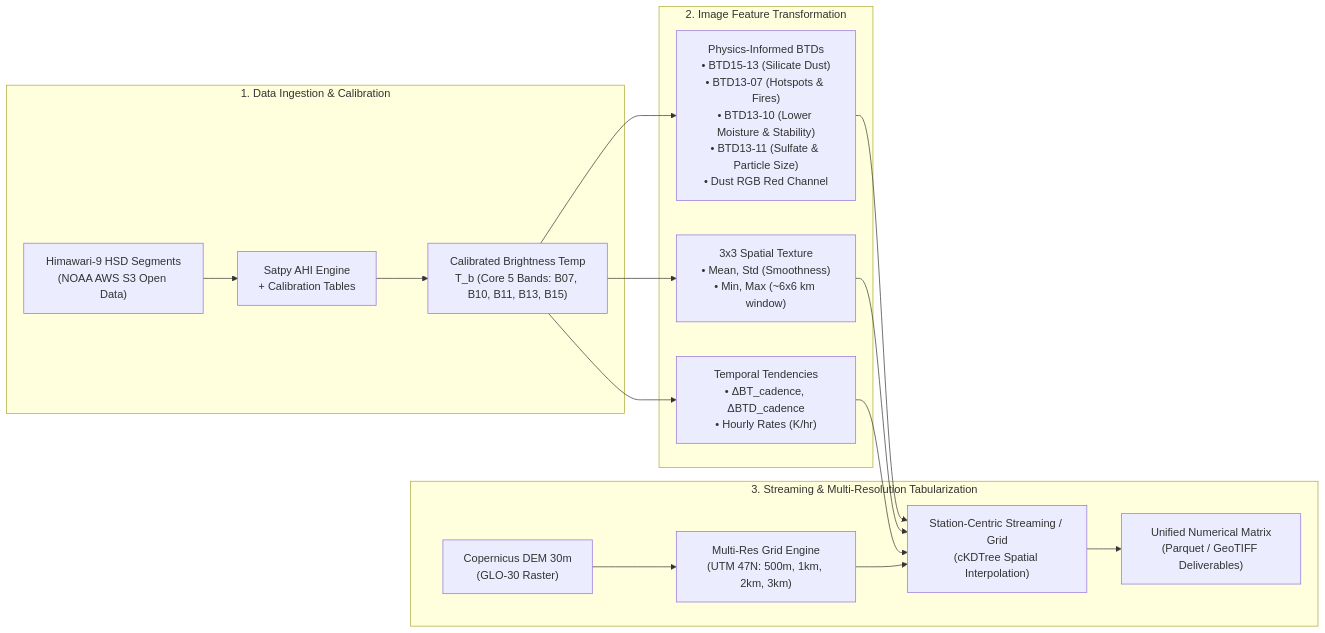
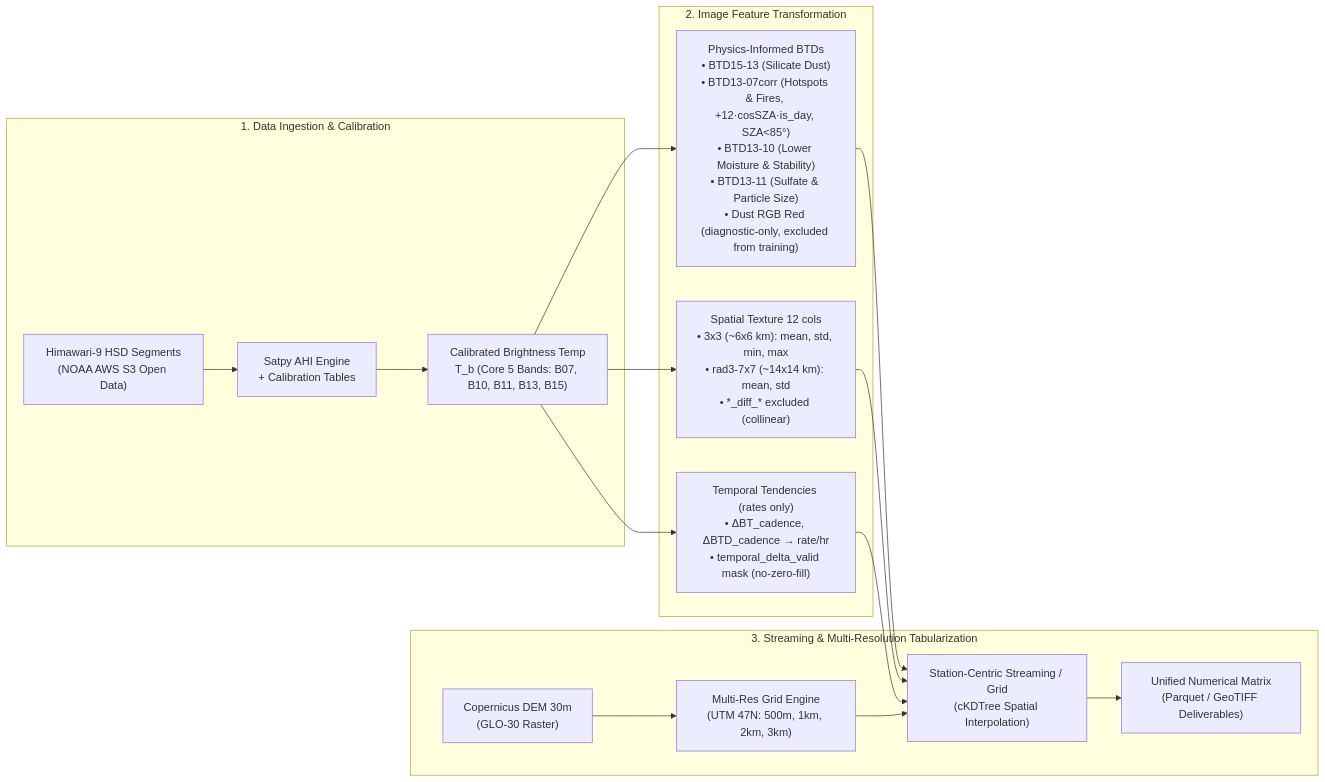
The first of 2 diagrams in technical-image-process.md (korarit/dust-from-satellite-image-thailand), drawn with Mermaid before and after one commit. The commit also changed other lines of this file and 3 other files, not shown here.

Commit message:
docs: sync 4 docs with src (Septet 7, Clean 45 schema, mono x2, meta-only solar)

````diff
--- a/technical-image-process.md
+++ b/technical-image-process.md
@@ -12,20 +12,20 @@
 ```mermaid
 flowchart LR
     subgraph Ingestion ["1. Data Ingestion & Calibration"]
         Raw["Himawari-9 HSD Segments<br>(NOAA AWS S3 Open Data)"] --> Satpy["Satpy AHI Engine<br>+ Calibration Tables"]
         Satpy --> Calib["Calibrated Brightness Temp<br>T_b (Core 5 Bands: B07, B10, B11, B13, B15)"]
     end
 
     subgraph FeatureEng ["2. Image Feature Transformation"]
-        Calib --> BTD["Physics-Informed BTDs<br>• BTD15-13 (Silicate Dust)<br>• BTD13-07 (Hotspots & Fires)<br>• BTD13-10 (Lower Moisture & Stability)<br>• BTD13-11 (Sulfate & Particle Size)<br>• Dust RGB Red Channel"]
-        Calib --> Tex["3x3 Spatial Texture<br>• Mean, Std (Smoothness)<br>• Min, Max (~6x6 km window)"]
-        Calib --> Temp["Temporal Tendencies<br>• ΔBT_cadence, ΔBTD_cadence<br>• Hourly Rates (K/hr)"]
+        Calib --> BTD["Physics-Informed BTDs<br>• BTD15-13 (Silicate Dust)<br>• BTD13-07corr (Hotspots & Fires, +12·cosSZA·is_day, SZA<85°)<br>• BTD13-10 (Lower Moisture & Stability)<br>• BTD13-11 (Sulfate & Particle Size)<br>• Dust RGB Red (diagnostic-only, excluded from training)"]
+        Calib --> Tex["Spatial Texture 12 cols<br>• 3x3 (~6x6 km): mean, std, min, max<br>• rad3-7x7 (~14x14 km): mean, std<br>• *_diff_* excluded (collinear)"]
+        Calib --> Temp["Temporal Tendencies (rates only)<br>• ΔBT_cadence, ΔBTD_cadence → rate/hr<br>• temporal_delta_valid mask (no-zero-fill)"]
     end
 
     subgraph GeoIntegration ["3. Streaming & Multi-Resolution Tabularization"]
         DEM["Copernicus DEM 30m<br>(GLO-30 Raster)"] --> Grid["Multi-Res Grid Engine<br>(UTM 47N: 500m, 1km, 2km, 3km)"]
         BTD & Tex & Temp --> Tab["Station-Centric Streaming / Grid<br>(cKDTree Spatial Interpolation)"]
         Grid --> Tab
         Tab --> Out["Unified Numerical Matrix<br>(Parquet / GeoTIFF Deliverables)"]
     end
 ```
````
